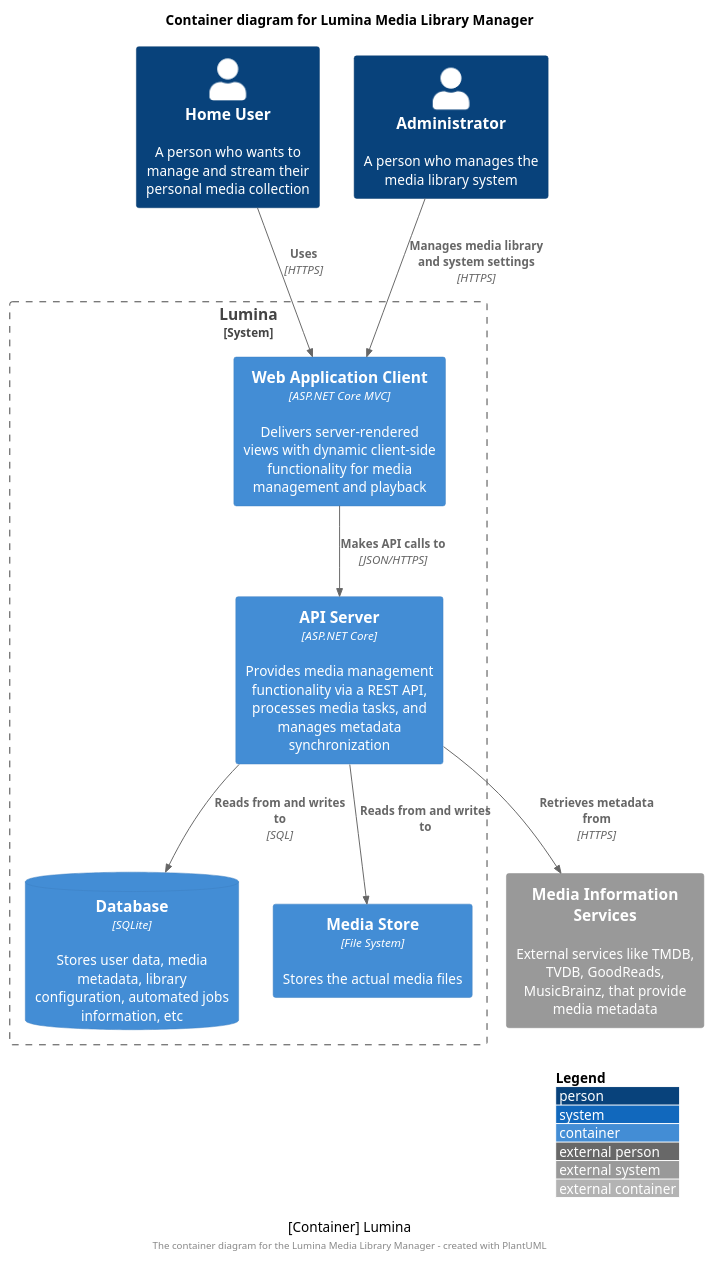
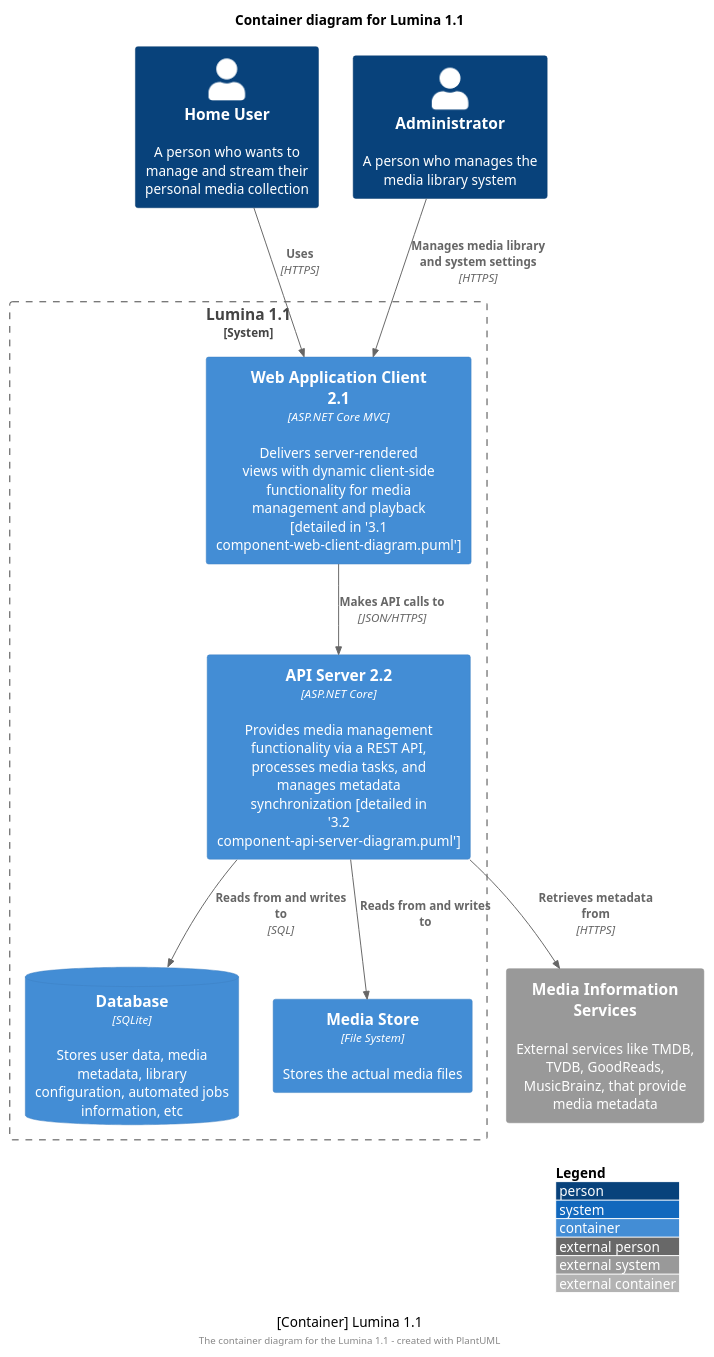
The diagram in docs/technical/architecture/2 container-diagram.puml (BinaryAlley/Lumina), drawn with PlantUML before and after one commit. The commit also changed 10 other files, not shown here.

Commit message:
Adds remaining architecture diagrams

```diff
--- a/docs/technical/architecture/2 container-diagram.puml
+++ b/docs/technical/architecture/2 container-diagram.puml
@@ -1,32 +1,32 @@
 @startuml Lumina Container Diagram
 !include <C4/C4_Container>
 
 LAYOUT_WITH_LEGEND()
-title Container diagram for Lumina Media Library Manager
+title Container diagram for Lumina 1.1
 
 Person(user, "Home User", "A person who wants to manage and stream their personal media collection")
 Person(admin, "Administrator", "A person who manages the media library system")
 
-System_Boundary(c1, "Lumina") {
-    Container(webapp, "Web Application Client", "ASP.NET Core MVC", "Delivers server-rendered views with dynamic client-side functionality for media management and playback")
+System_Boundary(c1, "Lumina 1.1") {
+    Container(webapp, "Web Application Client 2.1", "ASP.NET Core MVC", "Delivers server-rendered views with dynamic client-side functionality for media management and playback [detailed in '3.1 component-web-client-diagram.puml']")
     
-    Container(api, "API Server", "ASP.NET Core", "Provides media management functionality via a REST API, processes media tasks, and manages metadata synchronization")
+    Container(api, "API Server 2.2", "ASP.NET Core", "Provides media management functionality via a REST API, processes media tasks, and manages metadata synchronization [detailed in '3.2 component-api-server-diagram.puml']")
     
     ContainerDb(db, "Database", "SQLite", "Stores user data, media metadata, library configuration, automated jobs information, etc")
     
     Container(filestore, "Media Store", "File System", "Stores the actual media files")
 }
 
 System_Ext(metadata, "Media Information Services", "External services like TMDB, TVDB, GoodReads, MusicBrainz, that provide media metadata")
 
 Rel(user, webapp, "Uses", "HTTPS")
 Rel(admin, webapp, "Manages media library and system settings", "HTTPS")
 Rel(webapp, api, "Makes API calls to", "JSON/HTTPS")
 Rel(api, db, "Reads from and writes to", "SQL")
 Rel(api, filestore, "Reads from and writes to")
 Rel(api, metadata, "Retrieves metadata from", "HTTPS")
 
-caption [Container] Lumina
+caption [Container] Lumina 1.1
 
-footer The container diagram for the Lumina Media Library Manager - created with PlantUML
+footer The container diagram for the Lumina 1.1 - created with PlantUML
 @enduml
```
